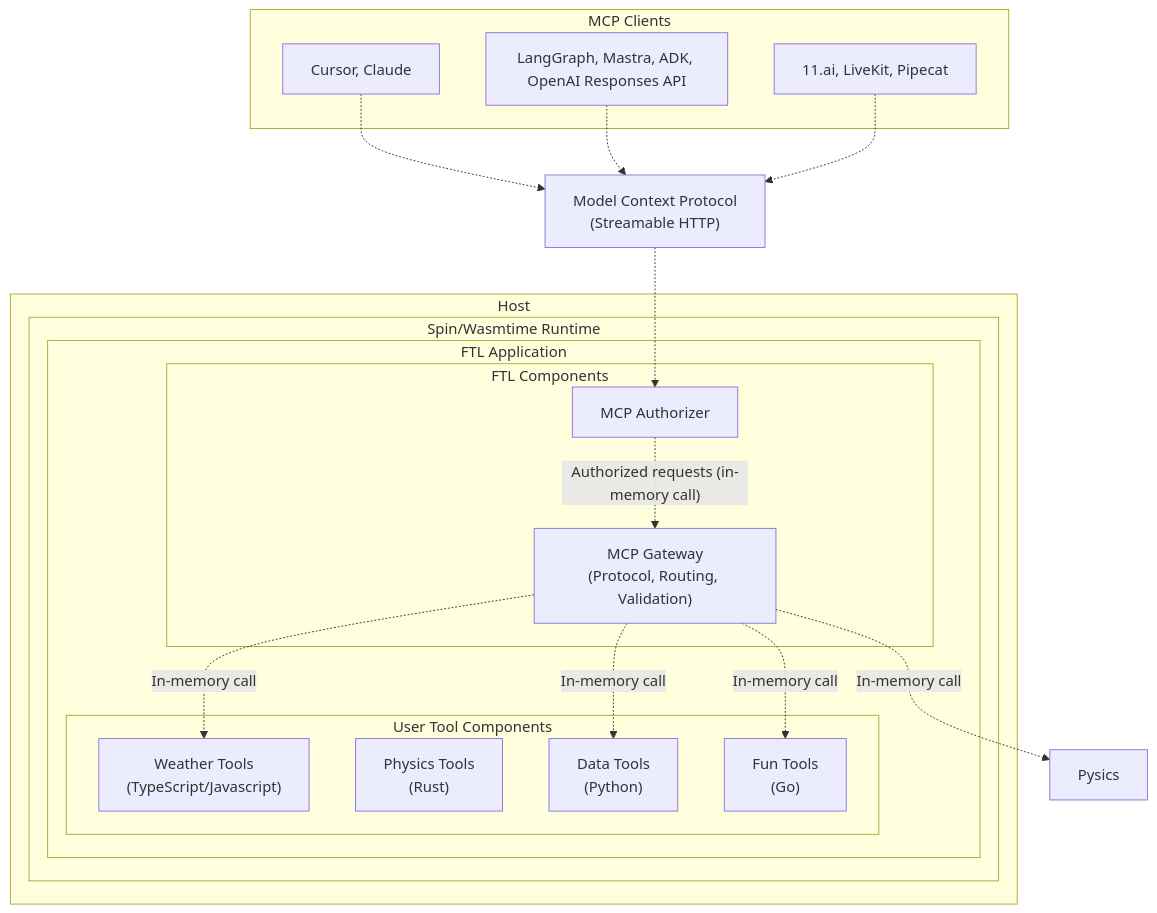
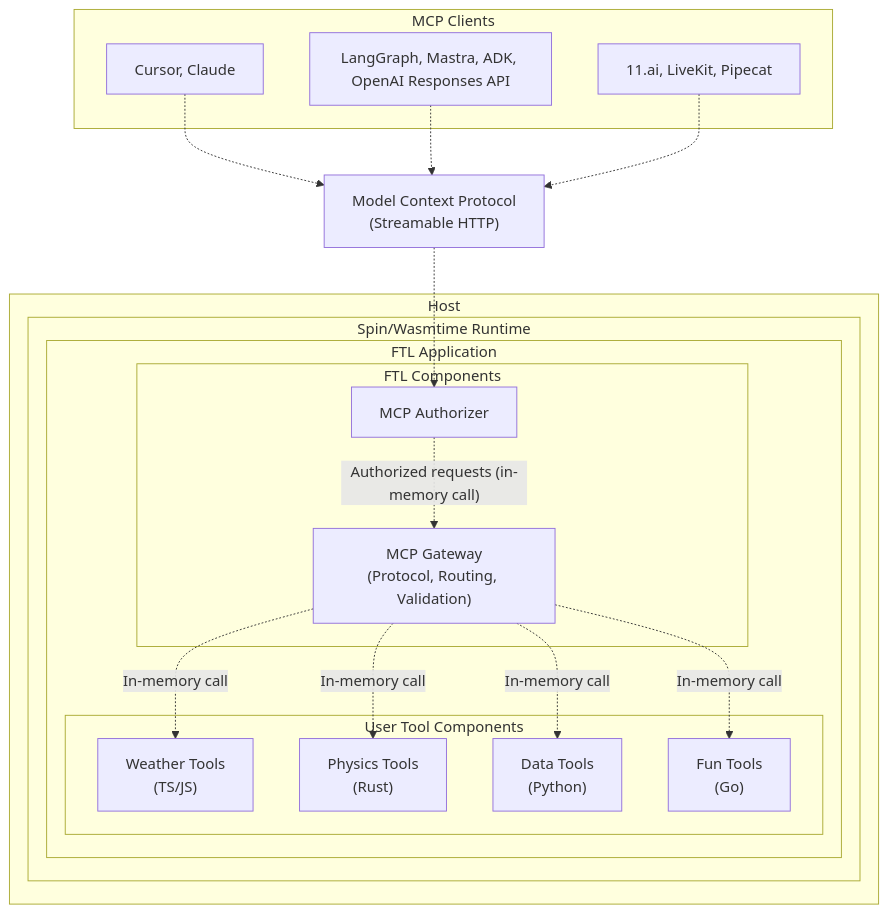
Before and after one commit to fastertools/ftl: the diagram in README.md, drawn with Mermaid. The commit also changed other lines of this file, not shown here.

Commit message:
docs: fix diagram

````diff
--- a/README.md
+++ b/README.md
@@ -199,39 +199,39 @@
 ```mermaid
 graph TB
     subgraph "MCP Clients"
         Desktops["Cursor, Claude"]
         Agents["LangGraph, Mastra, ADK, OpenAI Responses API"]
         Realtime["11.ai, LiveKit, Pipecat"]
     end
     
     MCP["Model Context Protocol<br/>(Streamable HTTP)"]
     
 
       subgraph "Host"
           subgraph "Spin/Wasmtime Runtime"
               subgraph "FTL Application"
                   subgraph "FTL Components"
                       MCPAuth["MCP Authorizer"]
                       MCPGateway["MCP Gateway<br/>(Protocol, Routing, Validation)"]
                   end
                   
                   subgraph "User Tool Components"
-                      Weather["Weather Tools<br/>(TypeScript/Javascript)"]
+                      Weather["Weather Tools<br/>(TS/JS)"]
                       Physics["Physics Tools<br/>(Rust)"]
                       Data["Data Tools<br/>(Python)"]
                       Custom["Fun Tools<br/>(Go)"]
                   end
               end
           end
       end
     
     Desktops -.->| | MCP
     Agents -.->| | MCP
     Realtime -.->| | MCP
     MCP -.->| | MCPAuth
     MCPAuth -.->|"Authorized requests (in-memory call)"| MCPGateway
     MCPGateway -.->|"In-memory call"| Weather
-    MCPGateway -.->|"In-memory call"| Pysics
+    MCPGateway -.->|"In-memory call"| Physics
     MCPGateway -.->|"In-memory call"| Data
     MCPGateway -.->|"In-memory call"| Custom
 ```
````
